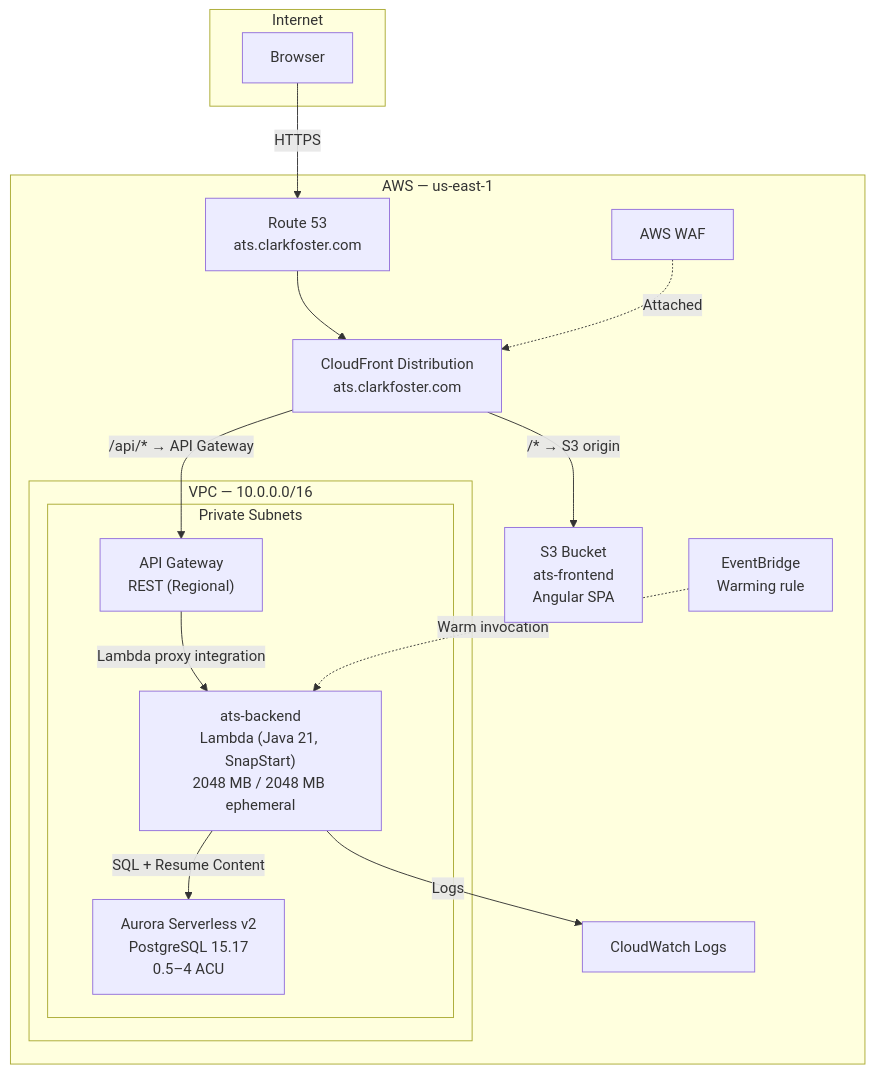
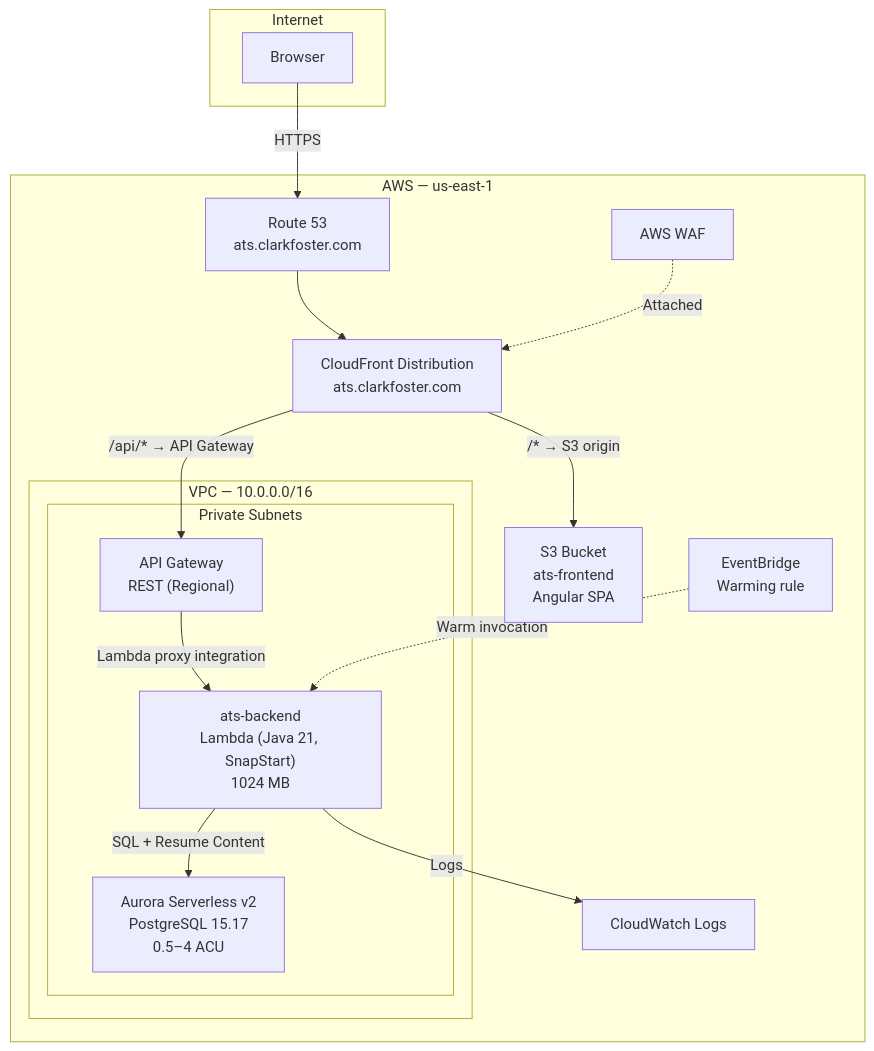
Before and after one commit to clark22134/MyPortfolioWebsite: the tenth of 16 diagrams in docs/ARCHITECTURE.md, drawn with Mermaid. The commit also changed other lines of this file and 147 other files, not shown here.

````diff
--- a/docs/ARCHITECTURE.md
+++ b/docs/ARCHITECTURE.md
@@ -547,34 +543,34 @@
 ```mermaid
 graph TB
     subgraph Internet
         Browser[Browser]
     end
 
     subgraph AWS["AWS — us-east-1"]
         Route53["Route 53<br/>ats.clarkfoster.com"]
         WAF["AWS WAF"]
         CF["CloudFront Distribution<br/>ats.clarkfoster.com"]
         S3["S3 Bucket<br/>ats-frontend<br/>Angular SPA"]
 
         subgraph VPC["VPC — 10.0.0.0/16"]
             subgraph Private["Private Subnets"]
                 APIGW["API Gateway<br/>REST (Regional)"]
-                Lambda["ats-backend<br/>Lambda (Java 21, SnapStart)<br/>2048 MB / 2048 MB ephemeral"]
+                Lambda["ats-backend<br/>Lambda (Java 21, SnapStart)<br/>1024 MB"]
                 Aurora["Aurora Serverless v2<br/>PostgreSQL 15.17<br/>0.5–4 ACU"]
             end
         end
 
         CW["CloudWatch Logs"]
         EB["EventBridge<br/>Warming rule"]
     end
 
     Browser -->|HTTPS| Route53
     Route53 --> CF
     WAF -.->|Attached| CF
     CF -->|"/* → S3 origin"| S3
     CF -->|"/api/* → API Gateway"| APIGW
     APIGW -->|Lambda proxy integration| Lambda
     Lambda -->|SQL + Resume Content| Aurora
     Lambda -->|Logs| CW
     EB -.->|Warm invocation| Lambda
 ```
````
